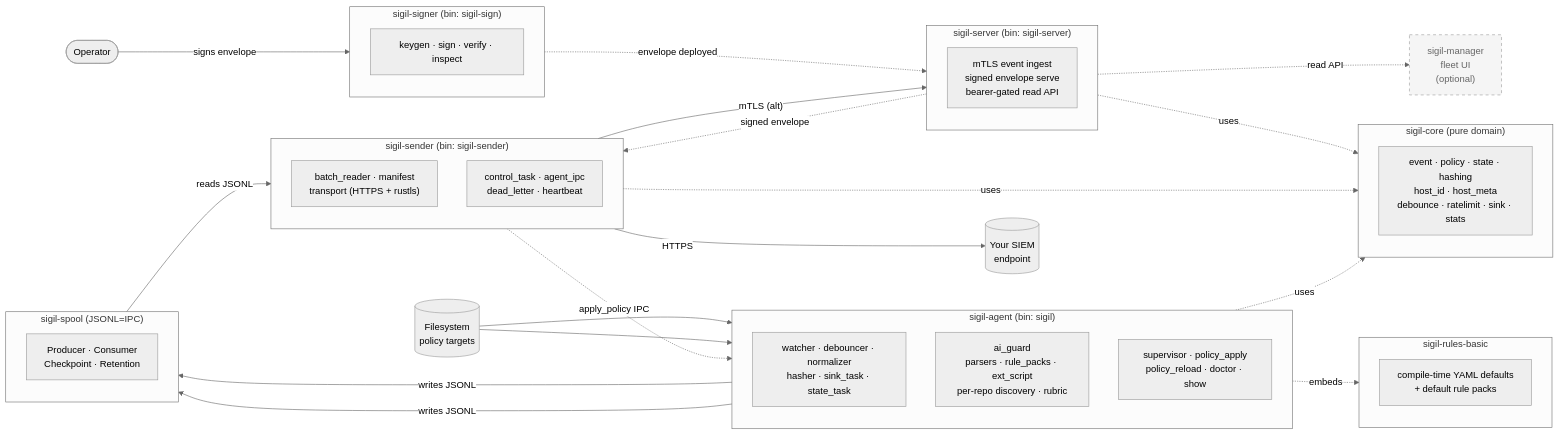
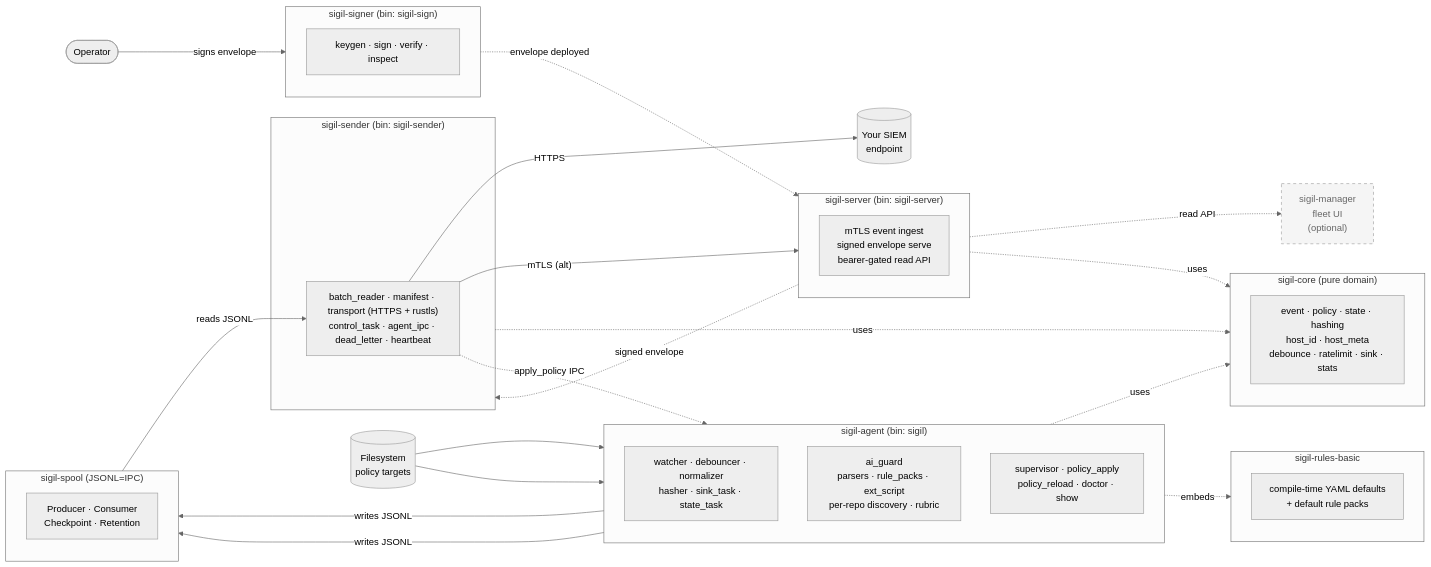
The diagram in README.md (Ju571nK/sigil), drawn with Mermaid (neutral theme) before and after one commit.

Commit message:
docs(readme): compact sigil-sender in the architecture diagram
The sender subgraph rendered full-width because its two inner nodes were
pulled to opposite sides of the LR layout — s_pipe toward the SIEM/server
(right) and s_ctrl back to the agent via apply_policy IPC (left) — and mermaid
ignores the subgraph's `direction TB` once nodes have external edges. Collapse
the two nodes into one so the box stays compact like server/spool/core; the
data-plane vs control-plane module split is still documented in the prose.

````diff
--- a/README.md
+++ b/README.md
@@ -190,73 +190,71 @@
 ```mermaid
 flowchart LR
     %% External actors & systems
     operator(["Operator"])
     FS[("Filesystem<br/>policy targets")]
     SIEM[("Your SIEM<br/>endpoint")]
 
     %% Optional downstream
     manager["sigil-manager<br/>fleet UI<br/>(optional)"]:::optional
 
     %% Operator-side keystore tool
     subgraph signer["sigil-signer (bin: sigil-sign)"]
         signermods["keygen · sign · verify · inspect"]
     end
 
     %% Host daemon
     subgraph agent["sigil-agent (bin: sigil)"]
         direction TB
         a_pipe["watcher · debouncer · normalizer<br/>hasher · sink_task · state_task"]
         a_aiguard["ai_guard<br/>parsers · rule_packs · ext_script<br/>per-repo discovery · rubric"]
         a_ctrl["supervisor · policy_apply<br/>policy_reload · doctor · show"]
     end
 
     %% Uploader
     subgraph sender["sigil-sender (bin: sigil-sender)"]
-        direction TB
-        s_pipe["batch_reader · manifest<br/>transport (HTTPS + rustls)"]
-        s_ctrl["control_task · agent_ipc<br/>dead_letter · heartbeat"]
+        s_pipe["batch_reader · manifest · transport (HTTPS + rustls)<br/>control_task · agent_ipc · dead_letter · heartbeat"]
     end
 
     %% OSS reference receiver (alternative to BYO SIEM)
     subgraph server["sigil-server (bin: sigil-server)"]
         servermods["mTLS event ingest<br/>signed envelope serve<br/>bearer-gated read API"]
     end
 
     subgraph spool["sigil-spool (JSONL=IPC)"]
         spoolmods["Producer · Consumer<br/>Checkpoint · Retention"]
     end
 
     subgraph core["sigil-core (pure domain)"]
         coremods["event · policy · state · hashing<br/>host_id · host_meta<br/>debounce · ratelimit · sink · stats"]
     end
 
     subgraph rules["sigil-rules-basic"]
         rulesmods["compile-time YAML defaults<br/>+ default rule packs"]
     end
 
     %% Data plane
     FS --> a_pipe
     FS --> a_aiguard
     a_pipe -- "writes JSONL" --> spool
     a_aiguard -- "writes JSONL" --> spool
     spool -- "reads JSONL" --> s_pipe
     s_pipe -- "HTTPS" --> SIEM
     s_pipe -- "mTLS (alt)" --> server
 
     %% Control plane
-    s_ctrl -. "apply_policy IPC" .-> a_ctrl
+    s_pipe -. "apply_policy IPC" .-> a_ctrl
     operator -- "signs envelope" --> signer
     signer -. "envelope deployed" .-> server
     server -. "signed envelope" .-> sender
 
     %% Optional consumer
     server -. "read API" .-> manager
 
     %% Library deps
     agent -. uses .-> core
     sender -. uses .-> core
     server -. uses .-> core
     agent -. embeds .-> rules
 
     classDef optional stroke-dasharray: 5 5,fill:#f5f5f5,stroke:#999,color:#666
 ```
````
